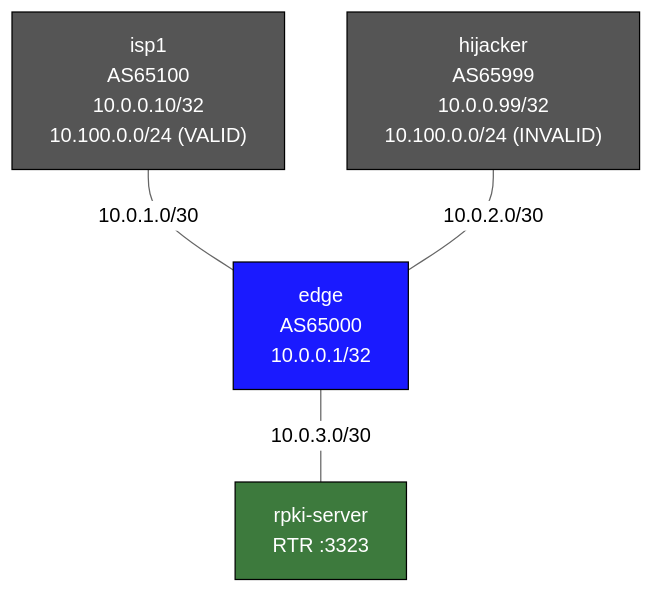
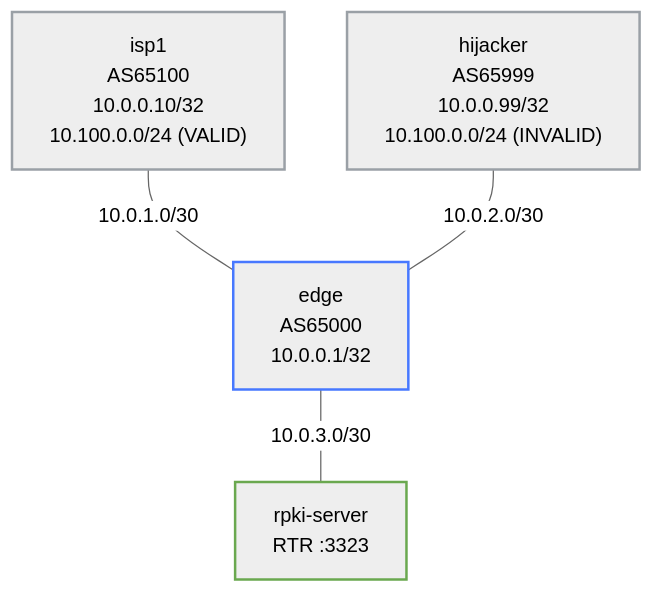
The diagram in labs/bgp-rpki/README.md (jschless/networkingLabs), drawn with Mermaid (neutral theme) before and after one commit. The commit also changed 250 other files, not shown here.

Commit message:
Fix unreadable topology diagrams, convert ASCII art, publish assessments (#57)

````diff
--- a/labs/bgp-rpki/README.md
+++ b/labs/bgp-rpki/README.md
@@ -24,18 +24,18 @@
 ```mermaid
 flowchart TB
-    isp1["isp1\nAS65100\n10.0.0.10/32\n10.100.0.0/24 (VALID)"]
-    hijacker["hijacker\nAS65999\n10.0.0.99/32\n10.100.0.0/24 (INVALID)"]
-    edge["edge\nAS65000\n10.0.0.1/32"]
-    rpki["rpki-server\nRTR :3323"]
+    isp1["isp1<br/>AS65100<br/>10.0.0.10/32<br/>10.100.0.0/24 (VALID)"]
+    hijacker["hijacker<br/>AS65999<br/>10.0.0.99/32<br/>10.100.0.0/24 (INVALID)"]
+    edge["edge<br/>AS65000<br/>10.0.0.1/32"]
+    rpki["rpki-server<br/>RTR :3323"]
 
     isp1 -- "10.0.1.0/30" --- edge
     hijacker -- "10.0.2.0/30" --- edge
     edge -- "10.0.3.0/30" --- rpki
 
-    classDef router fill:#1a1aff,color:#fff,stroke:#000
-    classDef isp    fill:#555,color:#fff,stroke:#000
-    classDef host   fill:#3d7a3d,color:#fff,stroke:#000
+    classDef router stroke:#4778ff,stroke-width:2px
+    classDef isp stroke:#9aa0a6,stroke-width:2px
+    classDef host stroke:#6aa84f,stroke-width:2px
     class edge router
     class isp1,hijacker isp
     class rpki host
 ```
````
